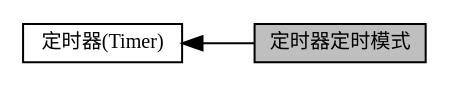
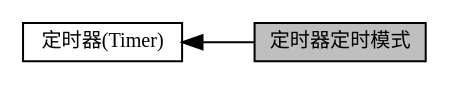
One commit to cuishengen/cuishengen.github.io changed the diagram in group__demo__if__timer__timing.dot. Above: the diagram before and after it, drawn with Graphviz. The commit also changed 212 other files, not shown here.

```diff
--- a/group__demo__if__timer__timing.dot
+++ b/group__demo__if__timer__timing.dot
@@ -1,9 +1,9 @@
 digraph "定时器定时模式"
 {
   edge [fontname="黑体",fontsize="10",labelfontname="黑体",labelfontsize="10"];
-  node [fontname="黑体",fontsize="10",shape=record];
+  node [fontname="黑体",fontsize="10",shape=box];
   rankdir=LR;
-  Node1 [label="定时器(Timer)",height=0.2,width=0.4,color="black", fillcolor="white", style="filled",URL="$group__am__demo__timer__all.html",tooltip="所有的定时器相关例程 "];
-  Node0 [label="定时器定时模式",height=0.2,width=0.4,color="black", fillcolor="grey75", style="filled", fontcolor="black"];
+  Node1 [label="定时器(Timer)",height=0.2,width=0.4,color="black", fillcolor="white", style="filled",URL="$group__am__demo__timer__all.html",tooltip="所有的定时器相关例程"];
+  Node0 [label="定时器定时模式",height=0.2,width=0.4,color="black", fillcolor="grey75", style="filled", fontcolor="black",tooltip=" "];
   Node1->Node0 [shape=plaintext, dir="back", style="solid"];
 }
```
